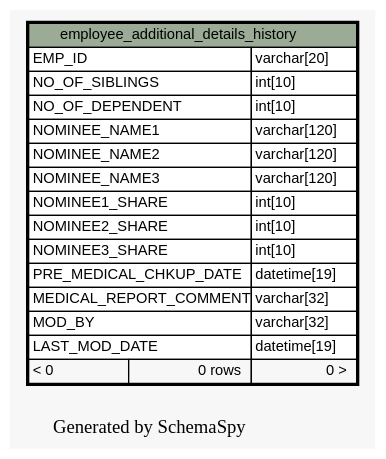
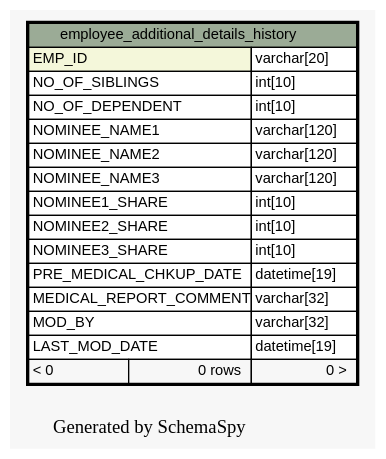
One commit to engineerscraft/hrms changed the diagram in docs/database/schemaspy/graphs/employee_additional_details_history.1degree.dot. Above: the diagram before and after it, drawn with Graphviz. The commit also changed 201 other files, not shown here.

```diff
--- a/docs/database/schemaspy/graphs/employee_additional_details_history.1degree.dot
+++ b/docs/database/schemaspy/graphs/employee_additional_details_history.1degree.dot
@@ -1,39 +1,39 @@
 // dot 2.38.0 on Windows 7 6.1
 digraph "oneDegreeRelationshipsGraph" {
   graph [
     rankdir="RL"
     bgcolor="#f7f7f7"
     label="\nGenerated by SchemaSpy"
     labeljust="l"
   ];
   node [
     fontname="Helvetica"
     fontsize="11"
     shape="plaintext"
   ];
   edge [
     arrowsize="0.8"
   ];
   "employee_additional_details_history" [
     label=<
     <TABLE BORDER="2" CELLBORDER="1" CELLSPACING="0" BGCOLOR="#ffffff">
       <TR><TD PORT="employee_additional_details_history.heading" COLSPAN="3" BGCOLOR="#9bab96" ALIGN="CENTER">employee_additional_details_history</TD></TR>
-      <TR><TD PORT="EMP_ID" COLSPAN="2" ALIGN="LEFT">EMP_ID</TD><TD PORT="EMP_ID.type" ALIGN="LEFT">varchar[20]</TD></TR>
+      <TR><TD PORT="EMP_ID" COLSPAN="2" BGCOLOR="#f4f7da" ALIGN="LEFT">EMP_ID</TD><TD PORT="EMP_ID.type" ALIGN="LEFT">varchar[20]</TD></TR>
       <TR><TD PORT="NO_OF_SIBLINGS" COLSPAN="2" ALIGN="LEFT">NO_OF_SIBLINGS</TD><TD PORT="NO_OF_SIBLINGS.type" ALIGN="LEFT">int[10]</TD></TR>
       <TR><TD PORT="NO_OF_DEPENDENT" COLSPAN="2" ALIGN="LEFT">NO_OF_DEPENDENT</TD><TD PORT="NO_OF_DEPENDENT.type" ALIGN="LEFT">int[10]</TD></TR>
       <TR><TD PORT="NOMINEE_NAME1" COLSPAN="2" ALIGN="LEFT">NOMINEE_NAME1</TD><TD PORT="NOMINEE_NAME1.type" ALIGN="LEFT">varchar[120]</TD></TR>
       <TR><TD PORT="NOMINEE_NAME2" COLSPAN="2" ALIGN="LEFT">NOMINEE_NAME2</TD><TD PORT="NOMINEE_NAME2.type" ALIGN="LEFT">varchar[120]</TD></TR>
       <TR><TD PORT="NOMINEE_NAME3" COLSPAN="2" ALIGN="LEFT">NOMINEE_NAME3</TD><TD PORT="NOMINEE_NAME3.type" ALIGN="LEFT">varchar[120]</TD></TR>
       <TR><TD PORT="NOMINEE1_SHARE" COLSPAN="2" ALIGN="LEFT">NOMINEE1_SHARE</TD><TD PORT="NOMINEE1_SHARE.type" ALIGN="LEFT">int[10]</TD></TR>
       <TR><TD PORT="NOMINEE2_SHARE" COLSPAN="2" ALIGN="LEFT">NOMINEE2_SHARE</TD><TD PORT="NOMINEE2_SHARE.type" ALIGN="LEFT">int[10]</TD></TR>
       <TR><TD PORT="NOMINEE3_SHARE" COLSPAN="2" ALIGN="LEFT">NOMINEE3_SHARE</TD><TD PORT="NOMINEE3_SHARE.type" ALIGN="LEFT">int[10]</TD></TR>
       <TR><TD PORT="PRE_MEDICAL_CHKUP_DATE" COLSPAN="2" ALIGN="LEFT">PRE_MEDICAL_CHKUP_DATE</TD><TD PORT="PRE_MEDICAL_CHKUP_DATE.type" ALIGN="LEFT">datetime[19]</TD></TR>
       <TR><TD PORT="MEDICAL_REPORT_COMMENT" COLSPAN="2" ALIGN="LEFT">MEDICAL_REPORT_COMMENT</TD><TD PORT="MEDICAL_REPORT_COMMENT.type" ALIGN="LEFT">varchar[32]</TD></TR>
       <TR><TD PORT="MOD_BY" COLSPAN="2" ALIGN="LEFT">MOD_BY</TD><TD PORT="MOD_BY.type" ALIGN="LEFT">varchar[32]</TD></TR>
       <TR><TD PORT="LAST_MOD_DATE" COLSPAN="2" ALIGN="LEFT">LAST_MOD_DATE</TD><TD PORT="LAST_MOD_DATE.type" ALIGN="LEFT">datetime[19]</TD></TR>
       <TR><TD ALIGN="LEFT" BGCOLOR="#f7f7f7">&lt; 0</TD><TD ALIGN="RIGHT" BGCOLOR="#f7f7f7">0 rows</TD><TD ALIGN="RIGHT" BGCOLOR="#f7f7f7">0 &gt;</TD></TR>
     </TABLE>>
     URL="employee_additional_details_history.html#"
     tooltip="employee_additional_details_history"
   ];
 }
```
